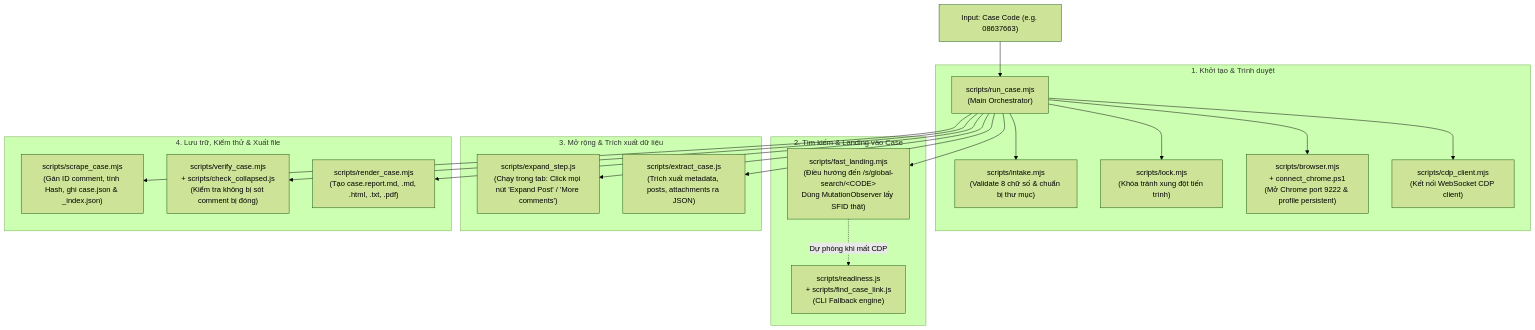
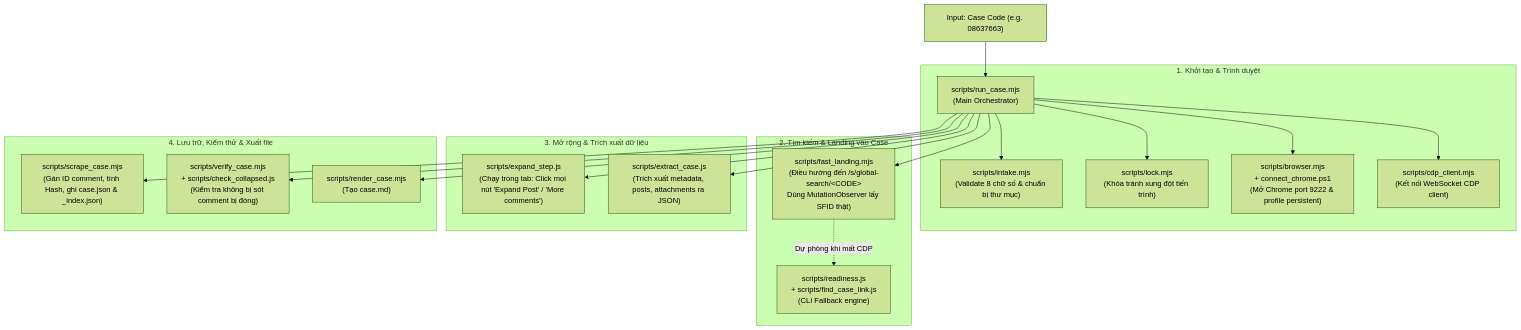
One commit to congtubkbn/qualcomm-case-agent changed the third of 5 diagrams in docs/DESIGN.md. Above: the diagram before and after it, drawn with Mermaid (forest theme). The commit also changed other lines of this file and 11 other files, not shown here.

````diff
--- a/docs/DESIGN.md
+++ b/docs/DESIGN.md
@@ -124,27 +112,27 @@
 ```mermaid
 flowchart TD
   User["Input: Case Code (e.g. 08637663)"] --> RunCase["scripts/run_case.mjs<br/>(Main Orchestrator)"]
   
   subgraph KhởiTạo["1. Khởi tạo & Trình duyệt"]
     RunCase --> Intake["scripts/intake.mjs<br/>(Validate 8 chữ số & chuẩn bị thư mục)"]
     RunCase --> Lock["scripts/lock.mjs<br/>(Khóa tránh xung đột tiến trình)"]
     RunCase --> Browser["scripts/browser.mjs<br/>+ connect_chrome.ps1<br/>(Mở Chrome port 9222 & profile persistent)"]
     RunCase --> CDP["scripts/cdp_client.mjs<br/>(Kết nối WebSocket CDP client)"]
   end
 
   subgraph ĐiềuHướng["2. Tìm kiếm & Landing vào Case"]
     RunCase --> FastLanding["scripts/fast_landing.mjs<br/>(Điều hướng đến /s/global-search/&lt;CODE&gt;<br/>Dùng MutationObserver lấy SFID thật)"]
     FastLanding -.->|Dự phòng khi mất CDP| Fallback["scripts/readiness.js<br/>+ scripts/find_case_link.js<br/>(CLI Fallback engine)"]
   end
 
   subgraph ThuThập["3. Mở rộng & Trích xuất dữ liệu"]
     RunCase --> Expand["scripts/expand_step.js<br/>(Chạy trong tab: Click mọi nút 'Expand Post' / 'More comments')"]
     RunCase --> Extract["scripts/extract_case.js<br/>(Trích xuất metadata, posts, attachments ra JSON)"]
   end
 
   subgraph XửLýLưuTrữ["4. Lưu trữ, Kiểm thử & Xuất file"]
     RunCase --> Scrape["scripts/scrape_case.mjs<br/>(Gán ID comment, tính Hash, ghi case.json & _index.json)"]
     RunCase --> Verify["scripts/verify_case.mjs<br/>+ scripts/check_collapsed.js<br/>(Kiểm tra không bị sót comment bị đóng)"]
-    RunCase --> Render["scripts/render_case.mjs<br/>(Tạo case.report.md, .md, .html, .txt, .pdf)"]
+    RunCase --> Render["scripts/render_case.mjs<br/>(Tạo case.md)"]
   end
 ```
````
